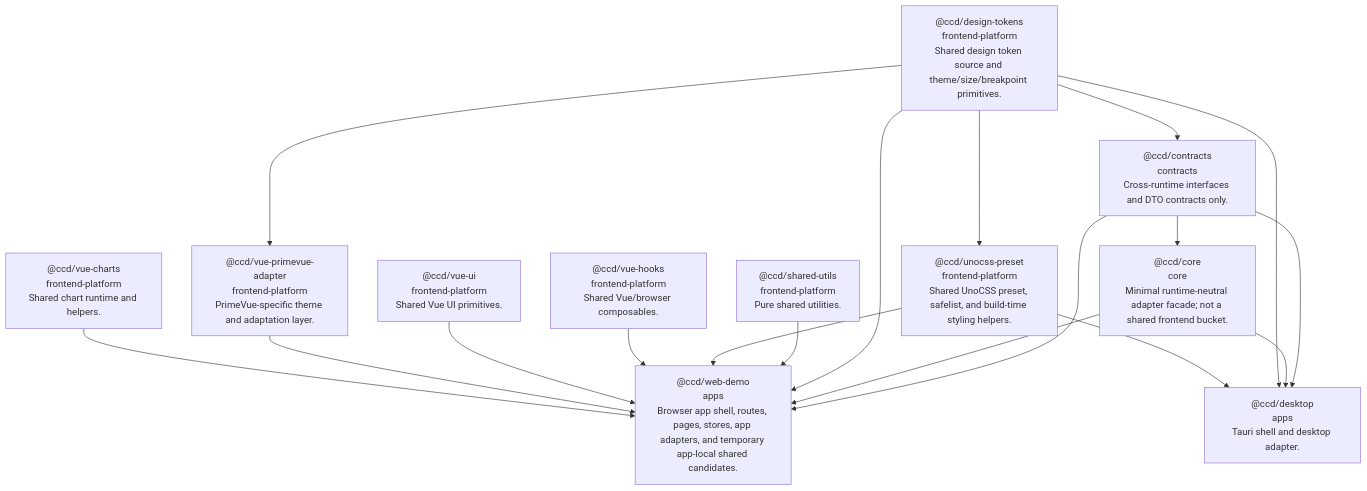
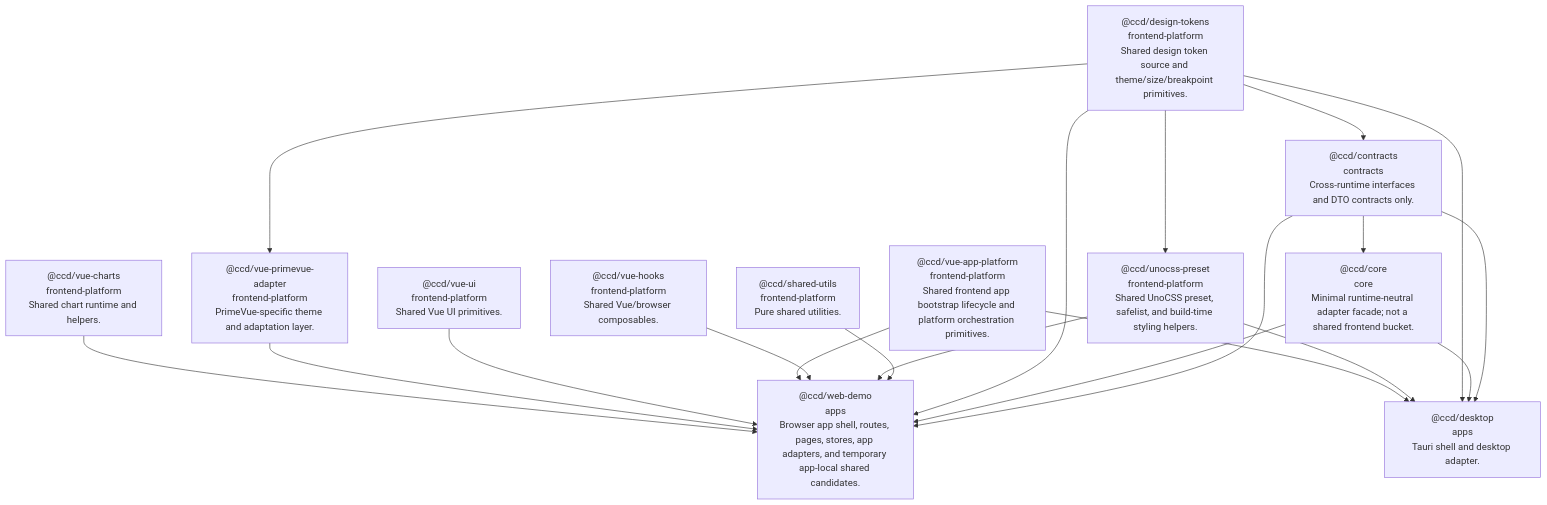
One commit to ichichuang/ccd changed the diagram in docs/generated/graphs/package-dependency-graph.mmd. Above: the diagram before and after it, drawn with Mermaid. The commit also changed 28 other files, not shown here.

```diff
--- a/docs/generated/graphs/package-dependency-graph.mmd
+++ b/docs/generated/graphs/package-dependency-graph.mmd
@@ -1,29 +1,32 @@
 graph TD
   ccd_contracts["@ccd/contracts<br/>contracts<br/>Cross-runtime interfaces and DTO contracts only."]
   ccd_design_tokens --> ccd_contracts
   ccd_core["@ccd/core<br/>core<br/>Minimal runtime-neutral adapter facade; not a shared frontend bucket."]
   ccd_contracts --> ccd_core
   ccd_design_tokens["@ccd/design-tokens<br/>frontend-platform<br/>Shared design token source and theme/size/breakpoint primitives."]
   ccd_unocss_preset["@ccd/unocss-preset<br/>frontend-platform<br/>Shared UnoCSS preset, safelist, and build-time styling helpers."]
   ccd_design_tokens --> ccd_unocss_preset
   ccd_shared_utils["@ccd/shared-utils<br/>frontend-platform<br/>Pure shared utilities."]
   ccd_vue_hooks["@ccd/vue-hooks<br/>frontend-platform<br/>Shared Vue/browser composables."]
+  ccd_vue_app_platform["@ccd/vue-app-platform<br/>frontend-platform<br/>Shared frontend app bootstrap lifecycle and platform orchestration primitives."]
   ccd_vue_ui["@ccd/vue-ui<br/>frontend-platform<br/>Shared Vue UI primitives."]
   ccd_vue_primevue_adapter["@ccd/vue-primevue-adapter<br/>frontend-platform<br/>PrimeVue-specific theme and adaptation layer."]
   ccd_design_tokens --> ccd_vue_primevue_adapter
   ccd_vue_charts["@ccd/vue-charts<br/>frontend-platform<br/>Shared chart runtime and helpers."]
   ccd_web_demo["@ccd/web-demo<br/>apps<br/>Browser app shell, routes, pages, stores, app adapters, and temporary app-local shared candidates."]
   ccd_contracts --> ccd_web_demo
   ccd_core --> ccd_web_demo
   ccd_design_tokens --> ccd_web_demo
   ccd_shared_utils --> ccd_web_demo
   ccd_unocss_preset --> ccd_web_demo
   ccd_vue_hooks --> ccd_web_demo
+  ccd_vue_app_platform --> ccd_web_demo
   ccd_vue_ui --> ccd_web_demo
   ccd_vue_primevue_adapter --> ccd_web_demo
   ccd_vue_charts --> ccd_web_demo
   ccd_desktop["@ccd/desktop<br/>apps<br/>Tauri shell and desktop adapter."]
   ccd_contracts --> ccd_desktop
   ccd_core --> ccd_desktop
   ccd_design_tokens --> ccd_desktop
   ccd_unocss_preset --> ccd_desktop
+  ccd_vue_app_platform --> ccd_desktop
```
